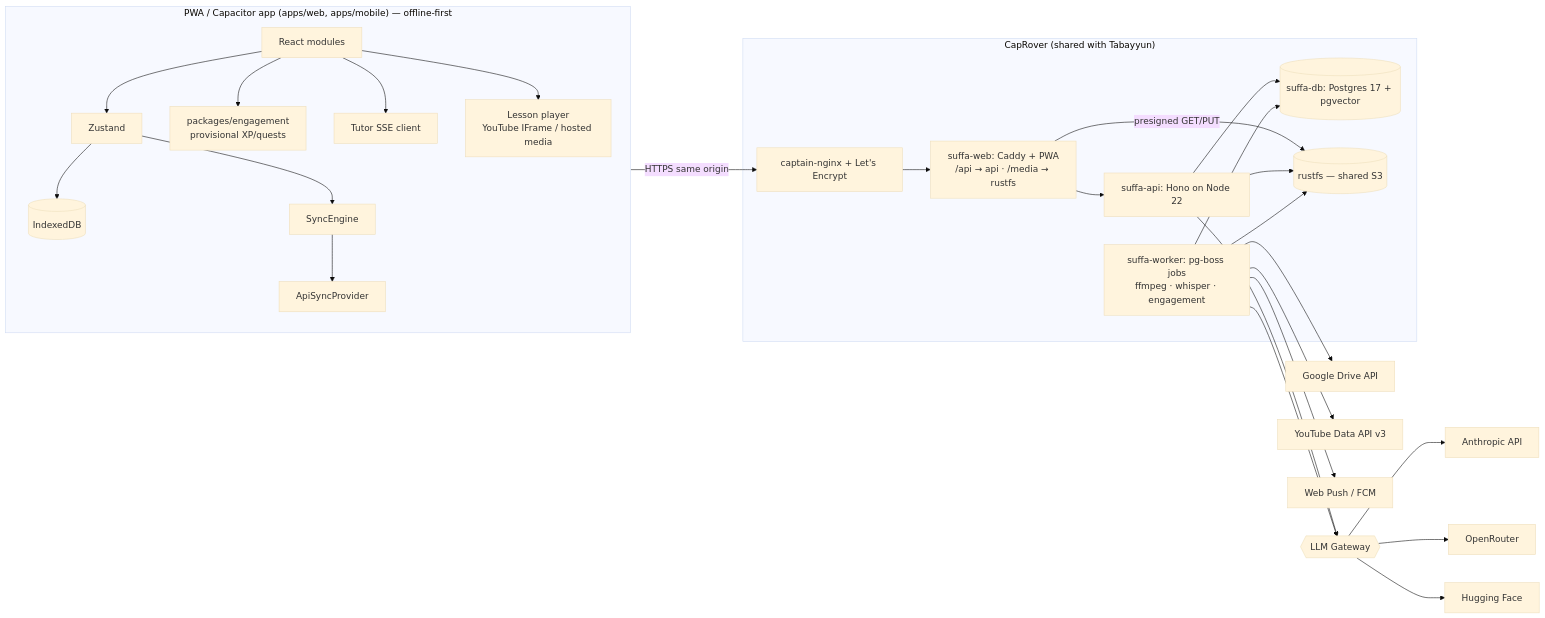
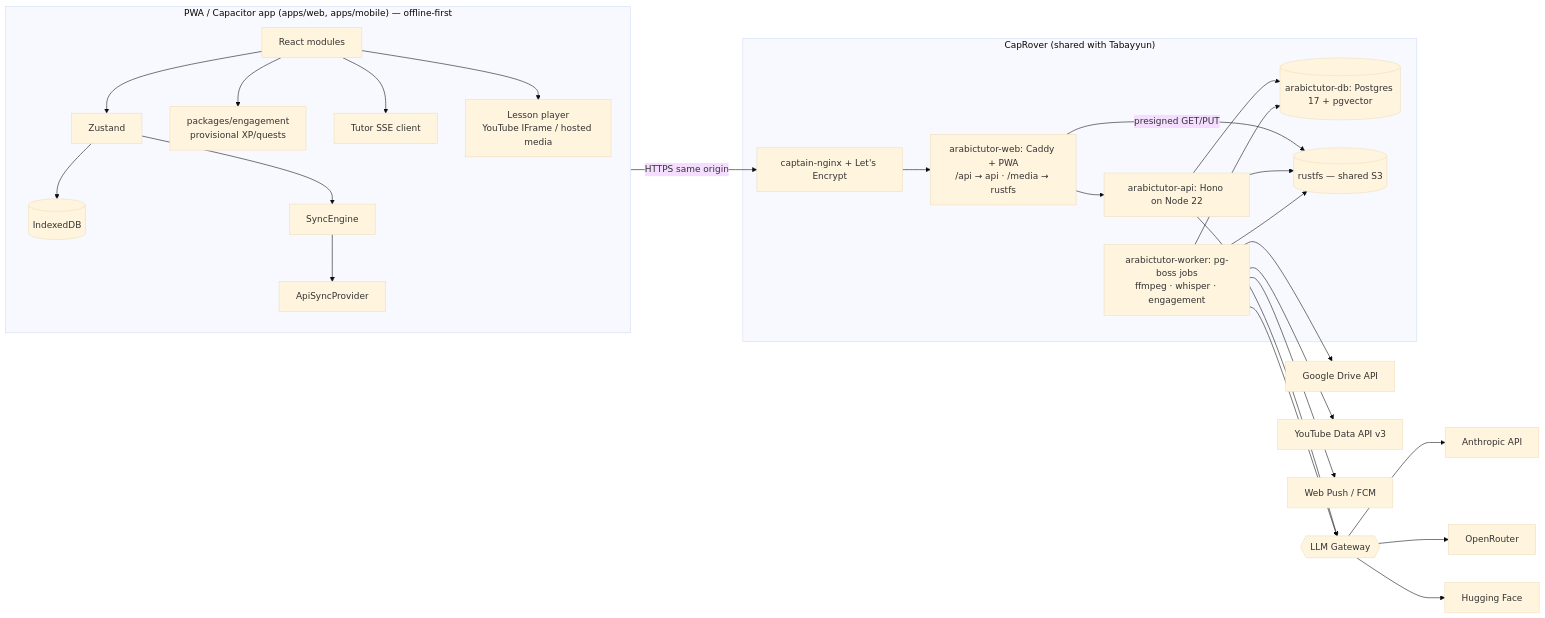
One commit to Sira-Labs/Suffa changed the diagram in docs/spec/02-technical-spec.md. Above: the diagram before and after it, drawn with Mermaid (base theme). The commit also changed other lines of this file and 13 other files, not shown here.

````diff
--- a/docs/spec/02-technical-spec.md
+++ b/docs/spec/02-technical-spec.md
@@ -8,36 +8,36 @@
 ```mermaid
 flowchart LR
   subgraph Client["PWA / Capacitor app (apps/web, apps/mobile) — offline-first"]
     UI[React modules] --> Stores[Zustand]
     Stores --> Dexie[(IndexedDB)]
     Stores --> SyncEngine --> ApiSync[ApiSyncProvider]
     UI --> Engage[packages/engagement<br/>provisional XP/quests]
     UI --> TutorClient[Tutor SSE client]
     UI --> Player[Lesson player<br/>YouTube IFrame / hosted media]
   end
 
   subgraph CapRover["CapRover (shared with Tabayyun)"]
     Nginx[captain-nginx + Let's Encrypt]
-    Web["suffa-web: Caddy + PWA<br/>/api → api · /media → rustfs"]
-    API[suffa-api: Hono on Node 22]
-    Worker["suffa-worker: pg-boss jobs<br/>ffmpeg · whisper · engagement"]
-    PG[(suffa-db: Postgres 17 + pgvector)]
+    Web["arabictutor-web: Caddy + PWA<br/>/api → api · /media → rustfs"]
+    API[arabictutor-api: Hono on Node 22]
+    Worker["arabictutor-worker: pg-boss jobs<br/>ffmpeg · whisper · engagement"]
+    PG[(arabictutor-db: Postgres 17 + pgvector)]
     RustFS[(rustfs — shared S3)]
   end
 
   Client -->|HTTPS same origin| Nginx --> Web
   Web --> API
   Web -->|presigned GET/PUT| RustFS
   API --> PG
   Worker --> PG
   API --> RustFS
   Worker --> RustFS
   API --> LLM{{LLM Gateway}}
   Worker --> LLM
   LLM --> Anthropic[Anthropic API]
   LLM --> OpenRouter[OpenRouter]
   LLM --> HF[Hugging Face]
   Worker --> GDrive[Google Drive API]
   Worker --> YTData[YouTube Data API v3]
   Worker --> Push[Web Push / FCM]
 ```
````
